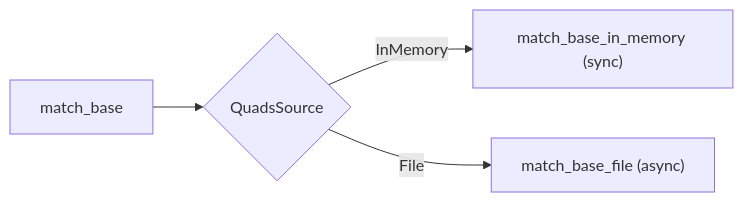
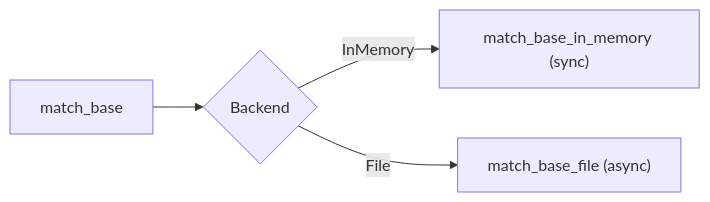
The second of 5 diagrams in docs/matching.md (vortex-rdf/vortex-rdf), drawn with Mermaid before and after one commit. The commit also changed other lines of this file and 23 other files, not shown here.

First line of the commit message:
refactor(view): one QuadsSource struct over two backends

````diff
--- a/docs/matching.md
+++ b/docs/matching.md
@@ -206,6 +208,6 @@
 ```mermaid
 flowchart LR
-    A["match_base"] --> B{"QuadsSource"}
+    A["match_base"] --> B{"Backend"}
     B -- "InMemory" --> C["match_base_in_memory (sync)"]
     B -- "File" --> D["match_base_file (async)"]
 ```
````
